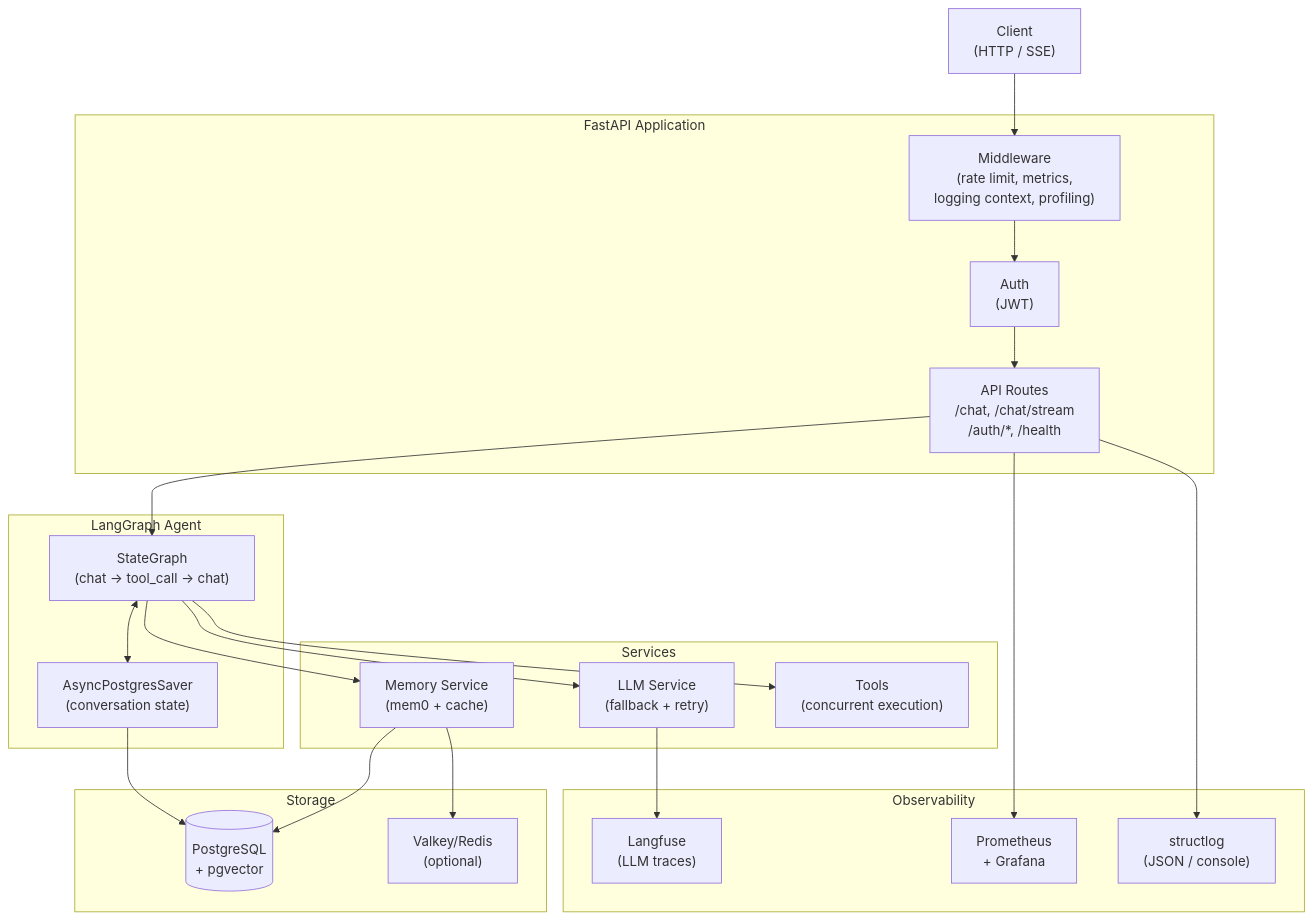
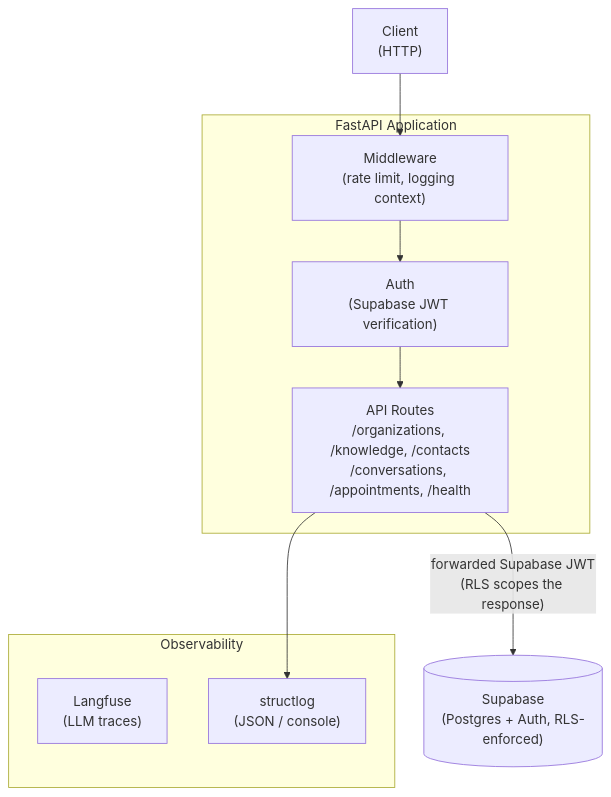
Before and after one commit to sebytremblay/mirenta-backend: the first of 3 diagrams in docs/architecture.md, drawn with Mermaid. The commit also changed other lines of this file and 124 other files, not shown here.

First line of the commit message:
Migrate to Supabase for auth and data, add core CRM API modules

````diff
--- a/docs/architecture.md
+++ b/docs/architecture.md
@@ -5,43 +5,21 @@
 ```mermaid
 graph TB
-    Client["Client\n(HTTP / SSE)"]
+    Client["Client\n(HTTP)"]
 
     subgraph FastAPI["FastAPI Application"]
-        MW["Middleware\n(rate limit, metrics,\nlogging context, profiling)"]
-        Auth["Auth\n(JWT)"]
-        API["API Routes\n/chat, /chat/stream\n/auth/*, /health"]
+        MW["Middleware\n(rate limit, logging context)"]
+        Auth["Auth\n(Supabase JWT verification)"]
+        API["API Routes\n/organizations, /knowledge, /contacts\n/conversations, /appointments, /health"]
     end
 
-    subgraph Agent["LangGraph Agent"]
-        Graph["StateGraph\n(chat → tool_call → chat)"]
-        Checkpointer["AsyncPostgresSaver\n(conversation state)"]
-    end
-
-    subgraph Services["Services"]
-        LLM["LLM Service\n(fallback + retry)"]
-        Memory["Memory Service\n(mem0 + cache)"]
-        Tools["Tools\n(concurrent execution)"]
-    end
-
-    subgraph Storage["Storage"]
-        PG[("PostgreSQL\n+ pgvector")]
-        Cache["Valkey/Redis\n(optional)"]
-    end
+    Supabase[("Supabase\n(Postgres + Auth, RLS-enforced)")]
 
     subgraph Observability["Observability"]
         Langfuse["Langfuse\n(LLM traces)"]
-        Prometheus["Prometheus\n+ Grafana"]
         Logs["structlog\n(JSON / console)"]
     end
 
     Client --> MW --> Auth --> API
-    API --> Graph
-    Graph --> LLM --> Langfuse
-    Graph --> Tools
-    Graph --> Memory --> Cache
-    Graph <--> Checkpointer
-    Memory --> PG
-    Checkpointer --> PG
-    API --> Prometheus
+    API -->|"forwarded Supabase JWT\n(RLS scopes the response)"| Supabase
     API --> Logs
 ```
````
